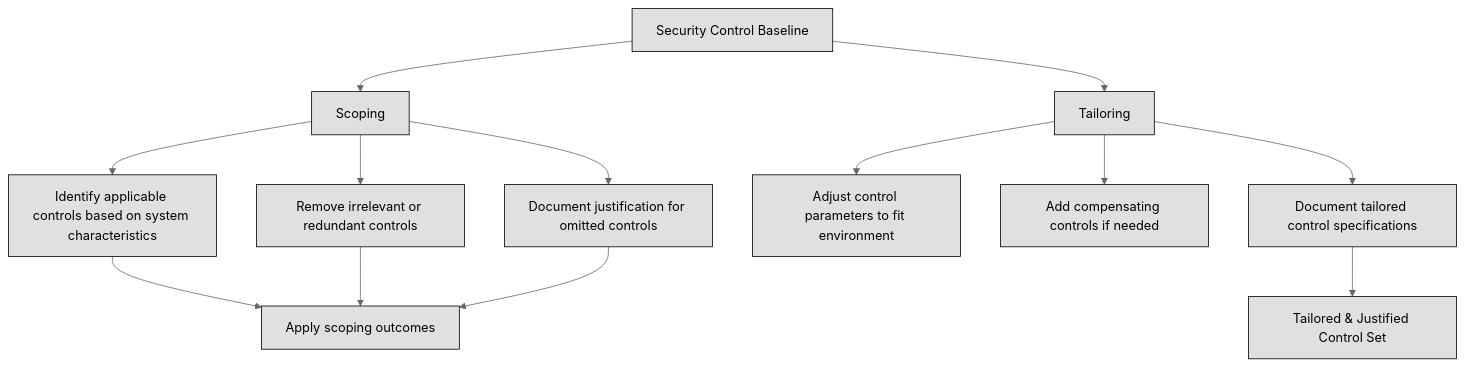
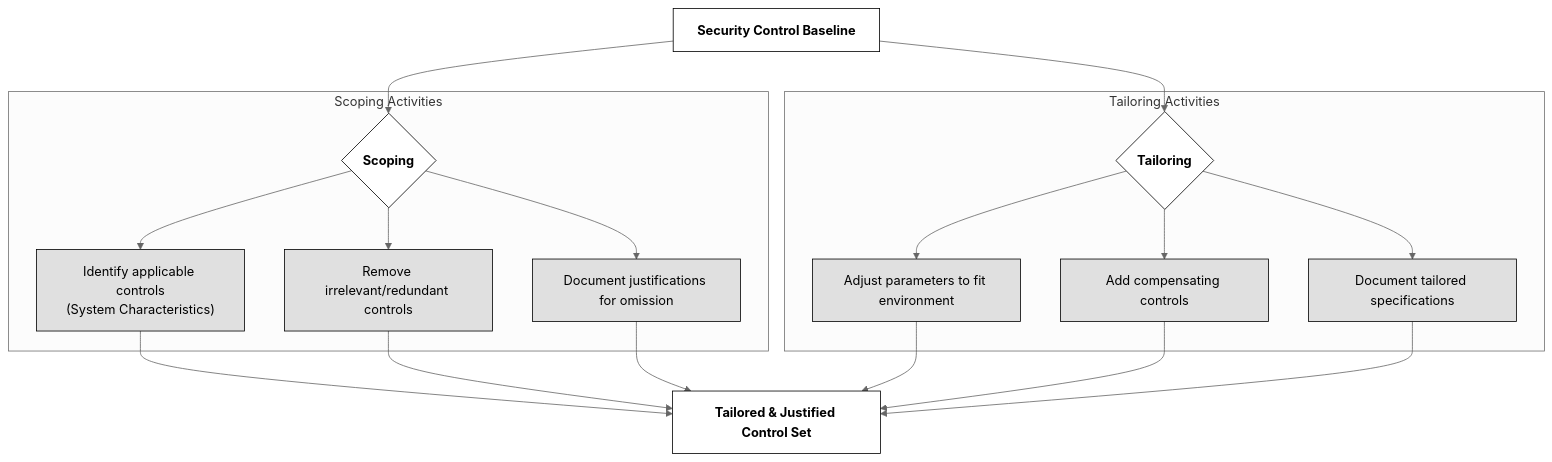
Before and after one commit to lorenzoleonelli/CISSP-Zero-to-Hero: the diagram in DOMAIN2: Asset Security/2.06 Determine data security controls and compliance requirements.md, drawn with Mermaid (neutral theme).

Commit message:
Update 2.06 Determine data security controls and compliance requirements.md

````diff
--- a/DOMAIN2: Asset Security/2.06 Determine data security controls and compliance requirements.md
+++ b/DOMAIN2: Asset Security/2.06 Determine data security controls and compliance requirements.md
@@ -120,18 +120,26 @@
 ```mermaid
-flowchart TB
-  A[Security Control Baseline] --> B[Scoping]
-  B --> B1[Identify applicable controls based on system characteristics]
-  B --> B2[Remove irrelevant or redundant controls]
-  B --> B3[Document justification for omitted controls]
+flowchart TD
+    A[Security Control Baseline] --> B{Scoping}
+    A --> C{Tailoring}
 
-  A --> C[Tailoring]
-  C --> C2[Adjust control parameters to fit environment]
-  C --> C3[Add compensating controls if needed]
-  C --> C4[Document tailored control specifications]
+    subgraph Scoping_Process [Scoping Activities]
+    B --> B1["Identify applicable controls<br/>(System Characteristics)"]
+    B --> B2[Remove irrelevant/redundant controls]
+    B --> B3[Document justifications for omission]
+    end
 
-  B1 & B2 & B3 --> C1[Apply scoping outcomes]
-  C4 --> D[Tailored & Justified Control Set]
+    subgraph Tailoring_Process [Tailoring Activities]
+    C --> C2[Adjust parameters to fit environment]
+    C --> C3[Add compensating controls]
+    C --> C4[Document tailored specifications]
+    end
+
+    B1 & B2 & B3 --> D[Tailored & Justified Control Set]
+    C2 & C3 & C4 --> D
 
     classDef center fill:#ffffff,color:#000000,stroke:#000000,stroke-width:1px,font-weight:bold
     classDef node fill:#e0e0e0,color:#000000,stroke:#000000,stroke-width:1px
+
+    class A,B,C,D center
+    class B1,B2,B3,C2,C3,C4 node
 ```
````
